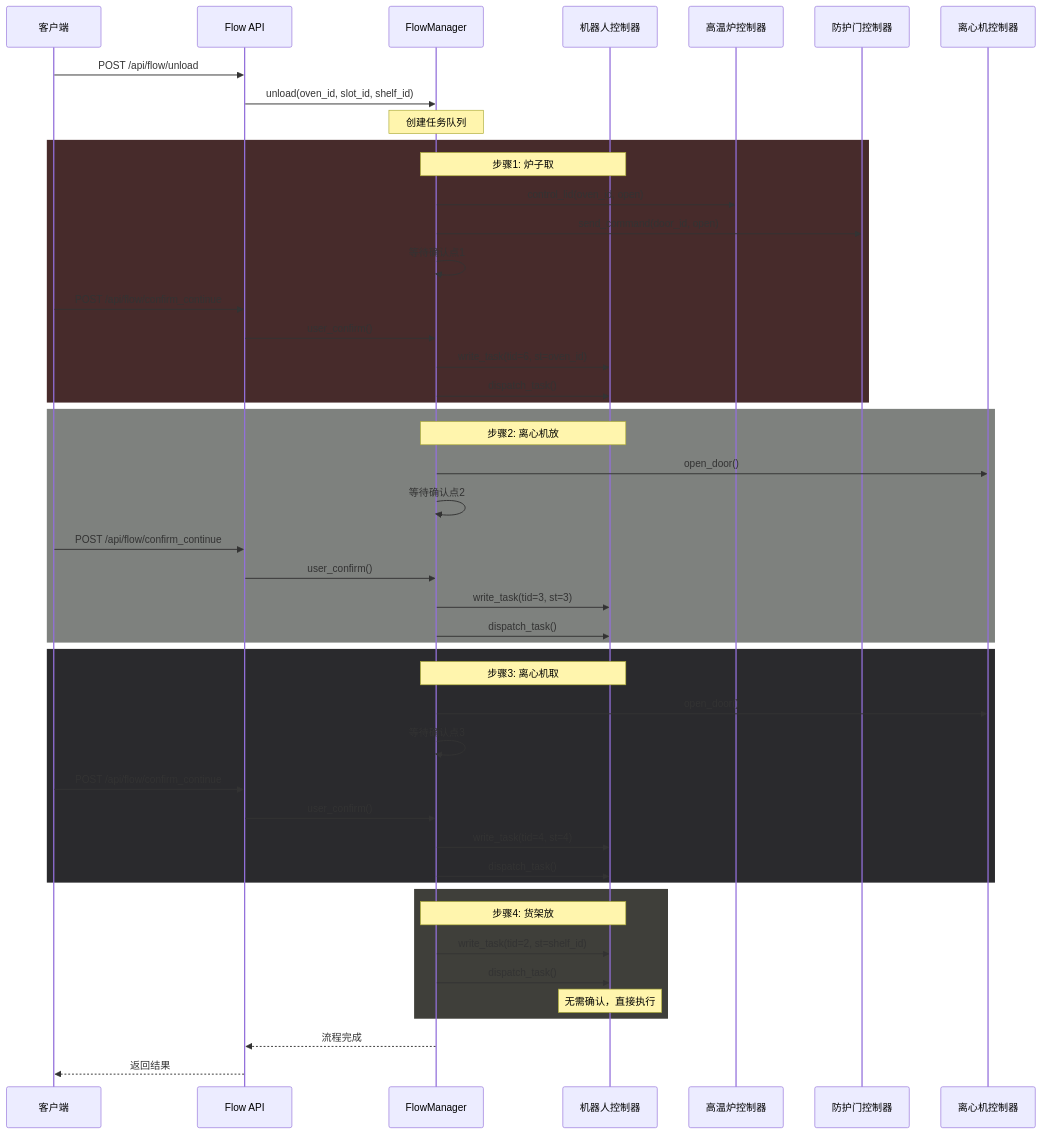
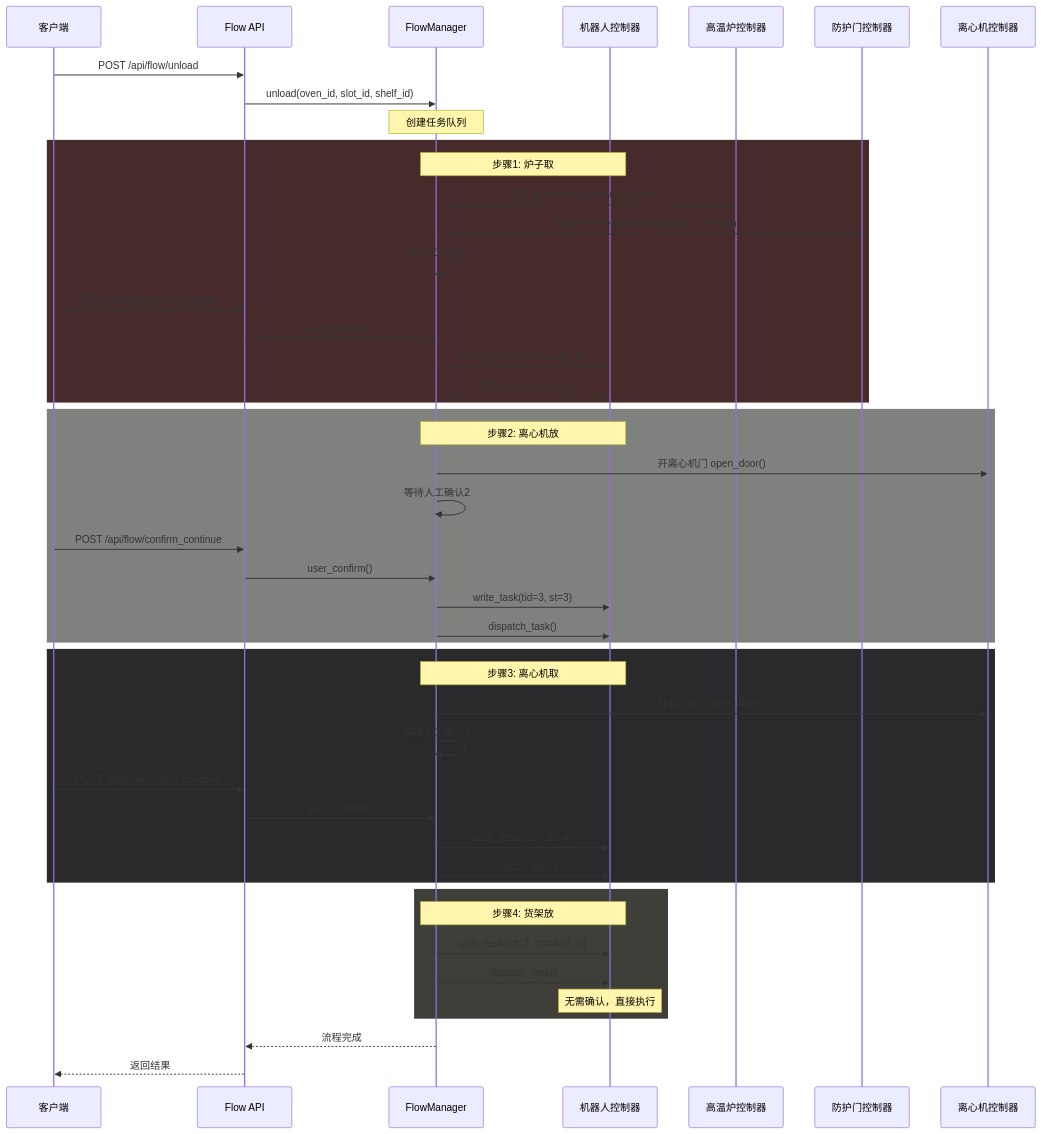
The fifth of 9 diagrams in docs/系统架构流程图.md (nipeone/ai4device), drawn with Mermaid before and after one commit. The commit also changed other lines of this file and 5 other files, not shown here.

Commit message:
新增xrd的配置文件，更新架构图

````diff
--- a/docs/系统架构流程图.md
+++ b/docs/系统架构流程图.md
@@ -309,56 +309,56 @@
 ```mermaid
 sequenceDiagram
     participant Client as 客户端
     participant API as Flow API
     participant FM as FlowManager
     participant Robot as 机器人控制器
     participant Oven as 高温炉控制器
     participant Door as 防护门控制器
     participant Cent as 离心机控制器
     
     Client->>API: POST /api/flow/unload
     API->>FM: unload(oven_id, slot_id, shelf_id)
     
     Note over FM: 创建任务队列
     
     rect rgb(71, 43, 43)
         Note over FM,Robot: 步骤1: 炉子取
-        FM->>Oven: control_lid(oven_id, open)
-        FM->>Door: send_command(door_id, open)
-        FM->>FM: 等待确认点1
+        FM->>Oven: 开炉盖 control_lid(oven_id, open)
+        FM->>Door: 开自动门 send_command(door_id, open)
+        FM->>FM: 等待人工确认1
         Client->>API: POST /api/flow/confirm_continue
         API->>FM: user_confirm()
         FM->>Robot: write_task(tid=6, st=oven_id)
-        FM->>Robot: dispatch_task()
+        FM->>Robot: 下发任务 dispatch_task()
     end
     
     rect rgb(126, 129, 126)
         Note over FM,Robot: 步骤2: 离心机放
-        FM->>Cent: open_door()
-        FM->>FM: 等待确认点2
+        FM->>Cent: 开离心机门 open_door()
+        FM->>FM: 等待人工确认2
         Client->>API: POST /api/flow/confirm_continue
         API->>FM: user_confirm()
         FM->>Robot: write_task(tid=3, st=3)
         FM->>Robot: dispatch_task()
     end
     
     rect rgb(42, 42, 45)
         Note over FM,Robot: 步骤3: 离心机取
-        FM->>Cent: open_door()
-        FM->>FM: 等待确认点3
+        FM->>Cent: 开离心机门 open_door()
+        FM->>FM: 等待人工确认3
         Client->>API: POST /api/flow/confirm_continue
         API->>FM: user_confirm()
         FM->>Robot: write_task(tid=4, st=4)
         FM->>Robot: dispatch_task()
     end
     
     rect rgb(63, 63, 58)
         Note over FM,Robot: 步骤4: 货架放
         FM->>Robot: write_task(tid=2, st=shelf_id)
         FM->>Robot: dispatch_task()
         Note over Robot: 无需确认，直接执行
     end
     
     FM-->>API: 流程完成
     API-->>Client: 返回结果
 ```
````
